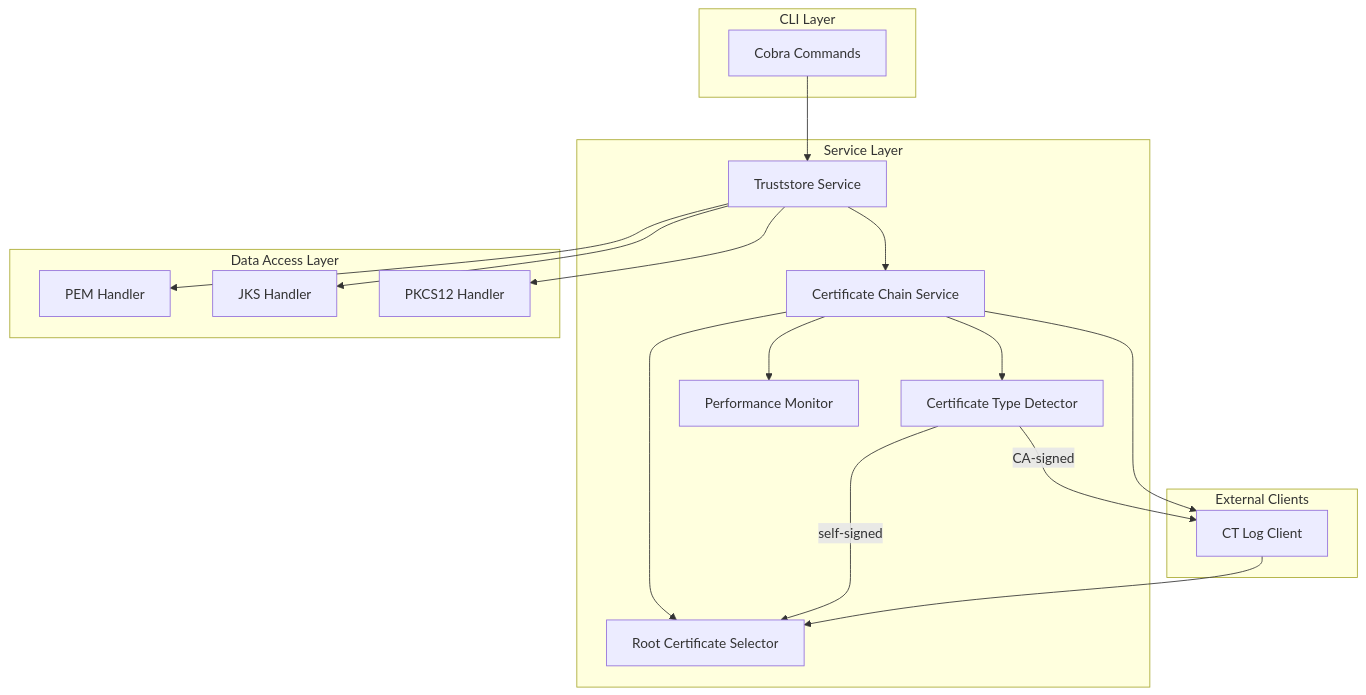
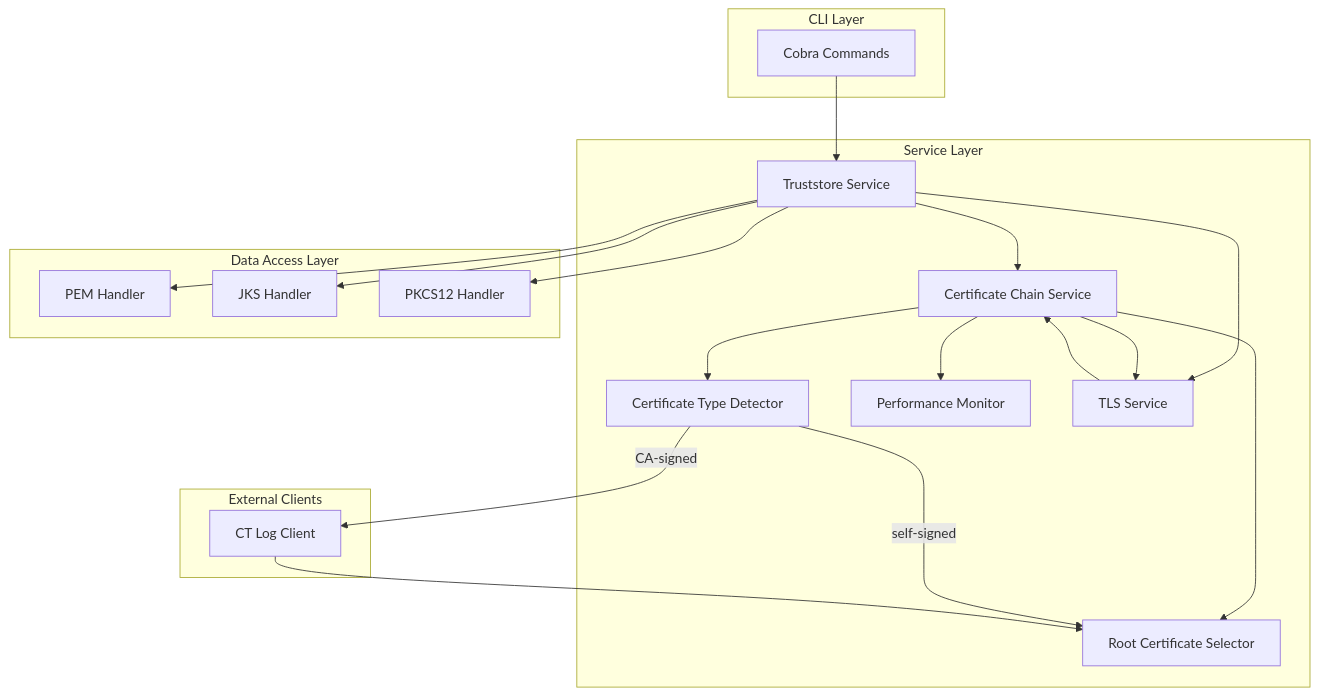
One commit to yosimasu/truststore-cli changed the diagram in docs/architecture/05-5-components.md. Above: the diagram before and after it, drawn with Mermaid. The commit also changed other lines of this file and 13 other files, not shown here.

````diff
--- a/docs/architecture/05-5-components.md
+++ b/docs/architecture/05-5-components.md
@@ -64,37 +71,40 @@
 ```mermaid
 graph TD
     subgraph CLI Layer
         A[Cobra Commands]
     end
 
     subgraph Service Layer
         B[Truststore Service]
         C[Certificate Chain Service]
         H[Certificate Type Detector]
         I[Root Certificate Selector]
         J[Performance Monitor]
+        K[TLS Service]
     end
 
     subgraph Data Access Layer
         D[PEM Handler]
         E[JKS Handler]
         F[PKCS12 Handler]
     end
 
     subgraph External Clients
         G[CT Log Client]
     end
 
     A --> B
     B --> C
+    B --> K
     B --> D
     B --> E
     B --> F
     C --> H
     C --> I
     C --> J
+    C --> K
     H -->|CA-signed| G
     H -->|self-signed| I
     G --> I
-    C --> G
+    K --> C
 ```
````
